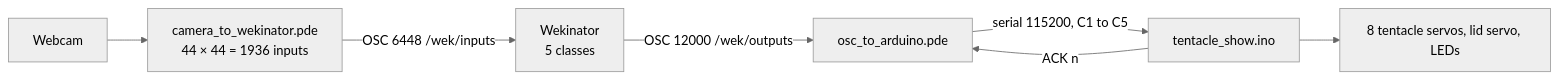
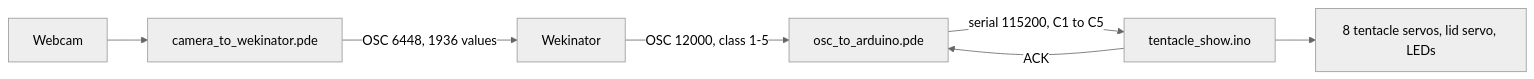
Before and after one commit to ismailk1/cps_group11: the first of 2 diagrams in README.md, drawn with Mermaid (neutral theme). The commit also changed other lines of this file and 17 other files, not shown here.

````diff
--- a/README.md
+++ b/README.md
@@ -102,9 +134,9 @@
 ```mermaid
 flowchart LR
-    cam["Webcam"] --> video["camera_to_wekinator.pde<br/>44 × 44 = 1936 inputs"]
-    video -->|"OSC 6448 /wek/inputs"| wek["Wekinator<br/>5 classes"]
-    wek -->|"OSC 12000 /wek/outputs"| osc["osc_to_arduino.pde"]
-    osc -->|"serial 115200, C1 to C5"| ard["tentacle_show.ino"]
-    ard -->|"ACK n"| osc
-    ard --> out["8 tentacle servos, lid servo, LEDs"]
+    A[Webcam] --> B[camera_to_wekinator.pde]
+    B -- "OSC 6448, 1936 values" --> C[Wekinator]
+    C -- "OSC 12000, class 1-5" --> D[osc_to_arduino.pde]
+    D -- "serial 115200, C1 to C5" --> E[tentacle_show.ino]
+    E -- "ACK" --> D
+    E --> F[8 tentacle servos, lid servo, LEDs]
 ```
````
